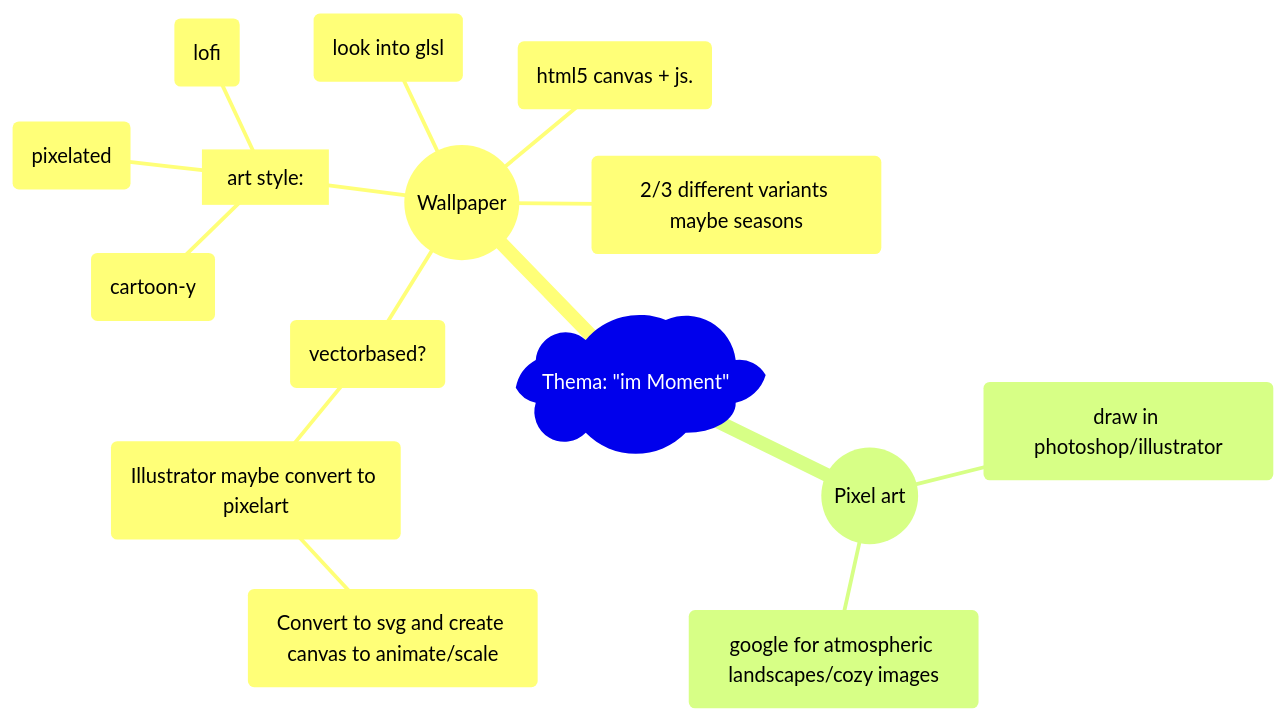
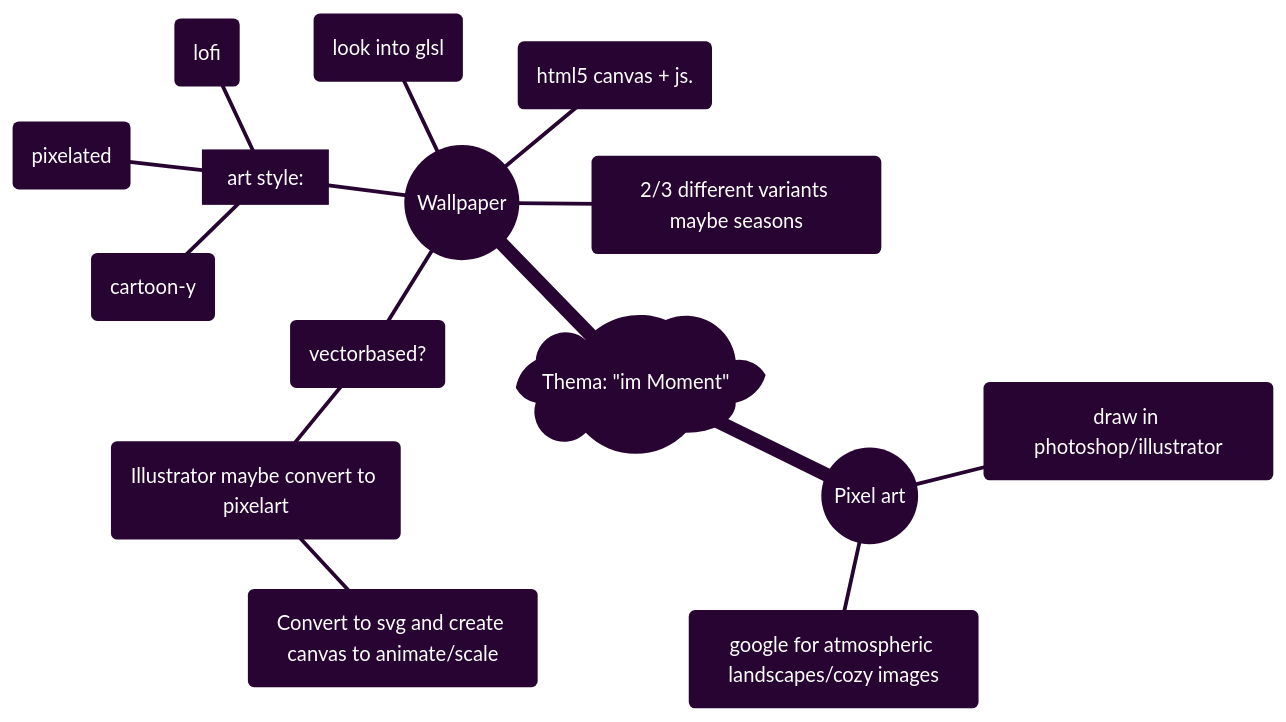
One commit to flononymus/im-Moment-enzian- changed the diagram in README.md. Above: the diagram before and after it, drawn with Mermaid. The commit also changed other lines of this file and 1 other file, not shown here.

Commit message:
changes to readme etc

````diff
--- a/README.md
+++ b/README.md
@@ -23,28 +33,41 @@
 ```mermaid
+%%{
+  init: {
+    'theme': 'base',
+    'themeVariables': {
+      'primaryColor': '#850FA6',
+      'primaryTextColor': '#fff',
+      'primaryBorderColor': '#fff',
+      'lineColor': '#fff',
+      'secondaryColor': '#850FA6',
+      'tertiaryColor': '#850FA6'
+    }
+  }
+}%%
 mindmap
     )Thema: "im Moment"(
 
         ((Wallpaper))
             (vectorbased?)
                 (Illustrator maybe convert to pixelart)
                     (Convert to svg and create canvas to animate/scale)
 
             [art style:] 
                 (cartoon-y)
                 (pixelated)
                 ("lofi")
 
             (2/3 different variants maybe seasons)
 
             (look into glsl)
 
             (html5 canvas + js.)
 
         ((Pixel art))
 
             (draw in photoshop/illustrator)
 
             (google for atmospheric landscapes/cozy images)
 
 
 ```
````
